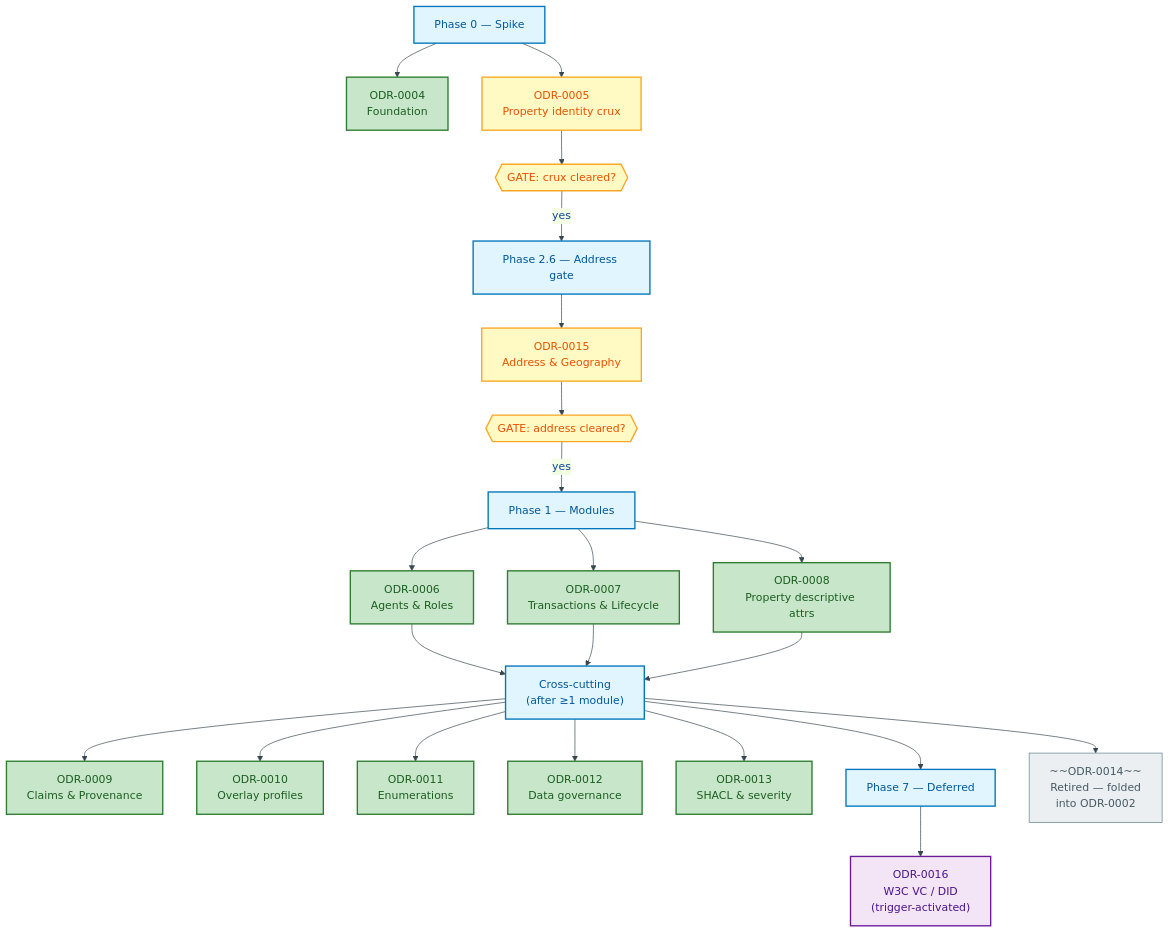
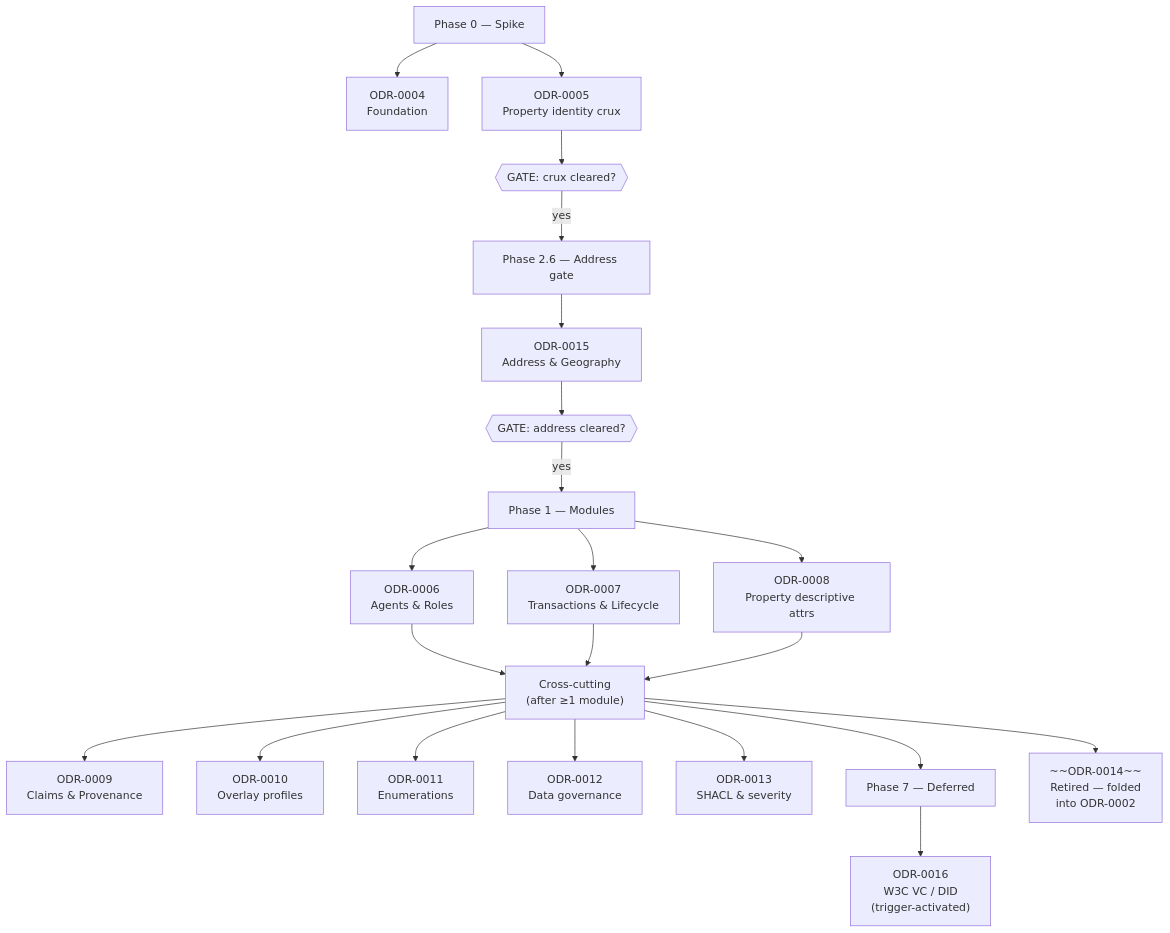
The first of 3 diagrams in docs/ontology/odr/ODR-0003-pdtf-ontology-programme.md (sparkling/opda), drawn with Mermaid before and after one commit. The commit also changed other lines of this file and 25 other files, not shown here.

````diff
--- a/docs/ontology/odr/ODR-0003-pdtf-ontology-programme.md
+++ b/docs/ontology/odr/ODR-0003-pdtf-ontology-programme.md
@@ -51,37 +51,31 @@
 ```mermaid
-%%{init:{"theme":"base","themeVariables":{"primaryColor":"#E3F2FD","primaryTextColor":"#0D47A1","primaryBorderColor":"#1565C0","lineColor":"#37474F"}}}%%
 flowchart TD
     accTitle: PDTF Ontology Programme Work Breakdown
     accDescr: Four-phase work breakdown from Phase 0 spike through Phase 1 modules and cross-cutting work to the deferred Phase 7 ODR, with hard gates at ODR-0005 and ODR-0015.
-    classDef phase fill:#E1F5FE,stroke:#0277BD,stroke-width:2px,color:#01579B
-    classDef gate fill:#FFF9C4,stroke:#F9A825,stroke-width:2px,color:#E65100
-    classDef odr fill:#C8E6C9,stroke:#2E7D32,stroke-width:2px,color:#1B5E20
-    classDef deferred fill:#F3E5F5,stroke:#6A1B9A,stroke-width:2px,color:#4A148C
-    classDef retired fill:#ECEFF1,stroke:#607D8B,stroke-width:1px,color:#455A64
 
-    P0["Phase 0 — Spike"]:::phase
-    P0 --> ODR4["ODR-0004<br/>Foundation"]:::odr
-    P0 --> ODR5["ODR-0005<br/>Property identity crux"]:::gate
+    P0["Phase 0 — Spike"]:::process
+    P0 --> ODR4["ODR-0004<br/>Foundation"]:::success
+    P0 --> ODR5["ODR-0005<br/>Property identity crux"]:::warning
 
-    ODR5 --> G1{{"GATE: crux cleared?"}}:::gate
-    G1 -->|"yes"| P26["Phase 2.6 — Address gate"]:::phase
-    P26 --> ODR15["ODR-0015<br/>Address &amp; Geography"]:::gate
+    ODR5 --> G1{{"GATE: crux cleared?"}}:::warning
+    G1 -->|"yes"| P26["Phase 2.6 — Address gate"]:::process
+    P26 --> ODR15["ODR-0015<br/>Address &amp; Geography"]:::warning
 
-    ODR15 --> G2{{"GATE: address cleared?"}}:::gate
-    G2 -->|"yes"| P1["Phase 1 — Modules"]:::phase
-    P1 --> ODR6["ODR-0006<br/>Agents &amp; Roles"]:::odr
-    P1 --> ODR7["ODR-0007<br/>Transactions &amp; Lifecycle"]:::odr
-    P1 --> ODR8["ODR-0008<br/>Property descriptive attrs"]:::odr
+    ODR15 --> G2{{"GATE: address cleared?"}}:::warning
+    G2 -->|"yes"| P1["Phase 1 — Modules"]:::process
+    P1 --> ODR6["ODR-0006<br/>Agents &amp; Roles"]:::success
+    P1 --> ODR7["ODR-0007<br/>Transactions &amp; Lifecycle"]:::success
+    P1 --> ODR8["ODR-0008<br/>Property descriptive attrs"]:::success
 
-    ODR6 & ODR7 & ODR8 --> CC["Cross-cutting<br/>(after ≥1 module)"]:::phase
-    CC --> ODR9["ODR-0009<br/>Claims &amp; Provenance"]:::odr
-    CC --> ODR10["ODR-0010<br/>Overlay profiles"]:::odr
-    CC --> ODR11["ODR-0011<br/>Enumerations"]:::odr
-    CC --> ODR12["ODR-0012<br/>Data governance"]:::odr
-    CC --> ODR13["ODR-0013<br/>SHACL &amp; severity"]:::odr
+    ODR6 & ODR7 & ODR8 --> CC["Cross-cutting<br/>(after ≥1 module)"]:::process
+    CC --> ODR9["ODR-0009<br/>Claims &amp; Provenance"]:::success
+    CC --> ODR10["ODR-0010<br/>Overlay profiles"]:::success
+    CC --> ODR11["ODR-0011<br/>Enumerations"]:::success
+    CC --> ODR12["ODR-0012<br/>Data governance"]:::success
+    CC --> ODR13["ODR-0013<br/>SHACL &amp; severity"]:::success
 
-    CC --> P7["Phase 7 — Deferred"]:::phase
-    P7 --> ODR16["ODR-0016<br/>W3C VC / DID<br/>(trigger-activated)"]:::deferred
+    CC --> P7["Phase 7 — Deferred"]:::process
+    P7 --> ODR16["ODR-0016<br/>W3C VC / DID<br/>(trigger-activated)"]:::user
 
-    CC --> RET["~~ODR-0014~~<br/>Retired — folded<br/>into ODR-0002"]:::retired
+    CC --> RET["~~ODR-0014~~<br/>Retired — folded<br/>into ODR-0002"]:::external
 ```
````
